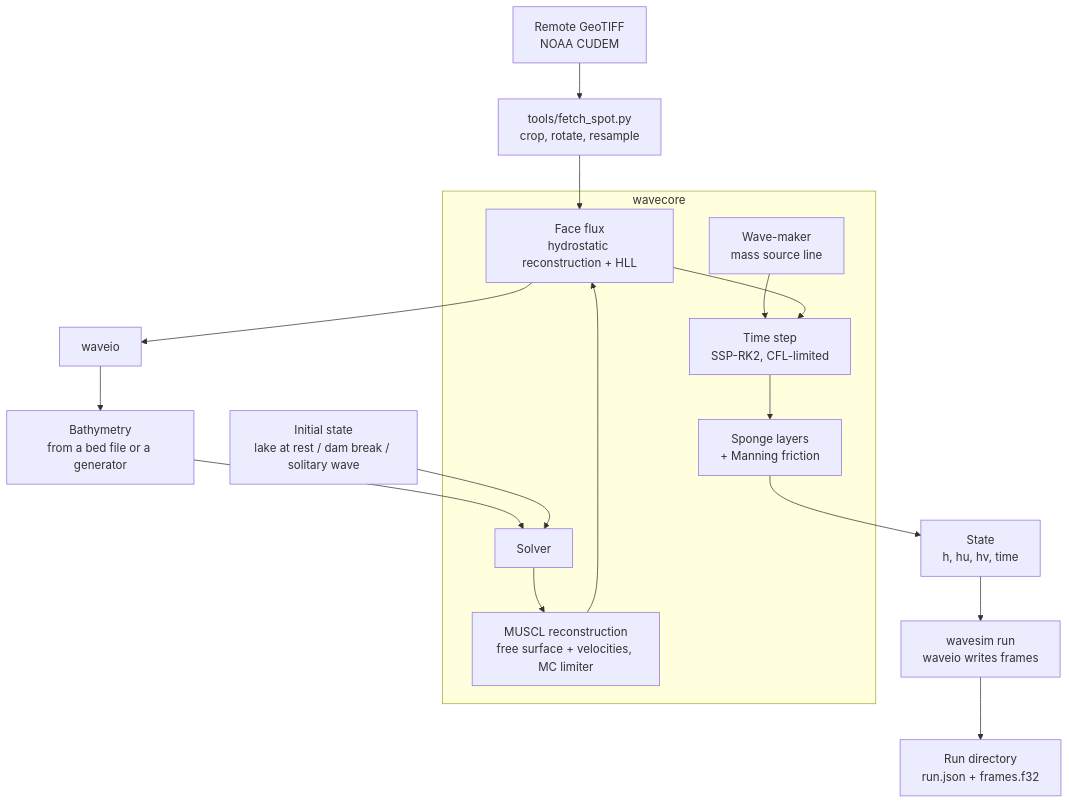
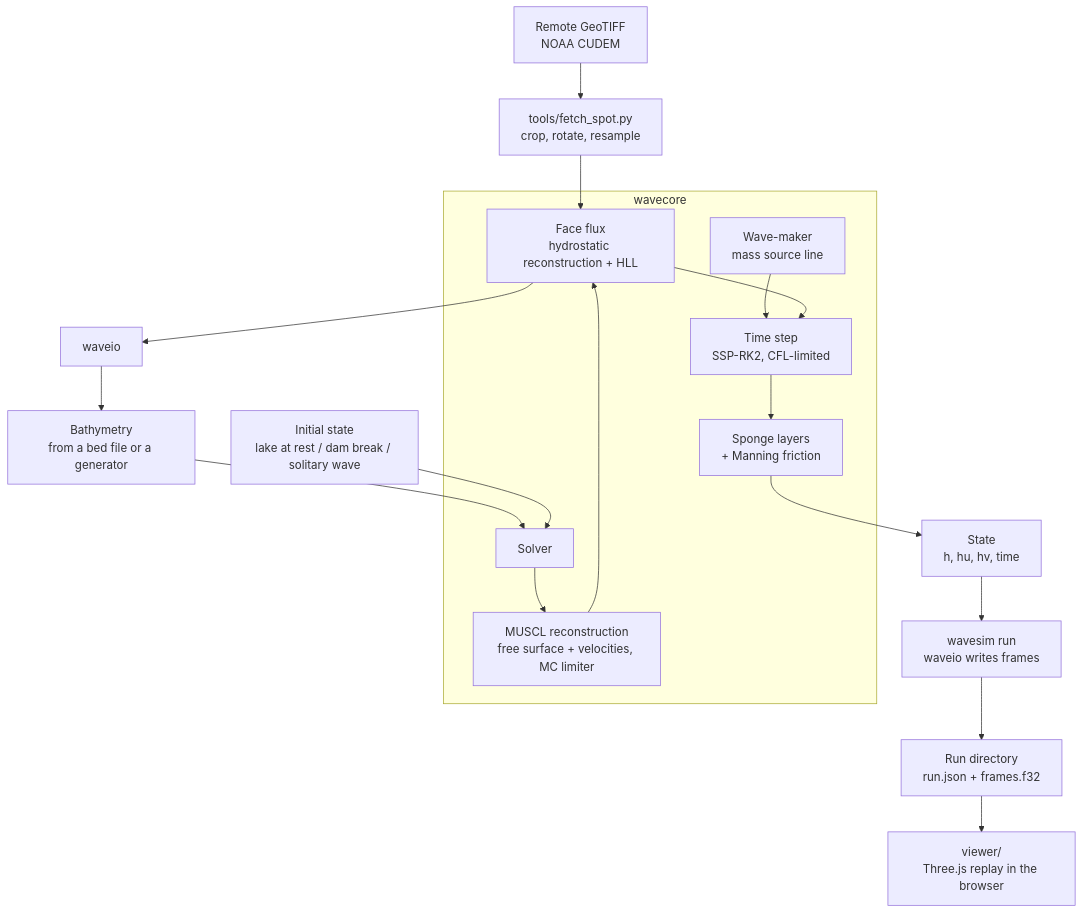
The diagram in README.md (mlaegn/wavesim), drawn with Mermaid before and after one commit. The commit also changed other lines of this file and 16 other files, not shown here.

Commit message:
Add browser replay viewer with terrain, animated surface and foam, plus Rust/TS golden-file contract

````diff
--- a/README.md
+++ b/README.md
@@ -52,19 +54,20 @@
 ```mermaid
 graph TD
     G[Remote GeoTIFF<br/>NOAA CUDEM] --> T[tools/fetch_spot.py<br/>crop, rotate, resample]
     T --> F[Bed file<br/>JSON + f32]
     F --> IO[waveio]
     IO --> B
     B[Bathymetry<br/>from a bed file or a generator] --> S
     I[Initial state<br/>lake at rest / dam break / solitary wave] --> S
     subgraph wavecore
         S[Solver] --> M[MUSCL reconstruction<br/>free surface + velocities, MC limiter]
         M --> F[Face flux<br/>hydrostatic reconstruction + HLL]
         W[Wave-maker<br/>mass source line] --> U
         F --> U[Time step<br/>SSP-RK2, CFL-limited]
         U --> D[Sponge layers<br/>+ Manning friction]
     end
     D --> R[State<br/>h, hu, hv, time]
     R --> C[wavesim run<br/>waveio writes frames]
     C --> O[Run directory<br/>run.json + frames.f32]
+    O --> V[viewer/<br/>Three.js replay in the browser]
 ```
````
